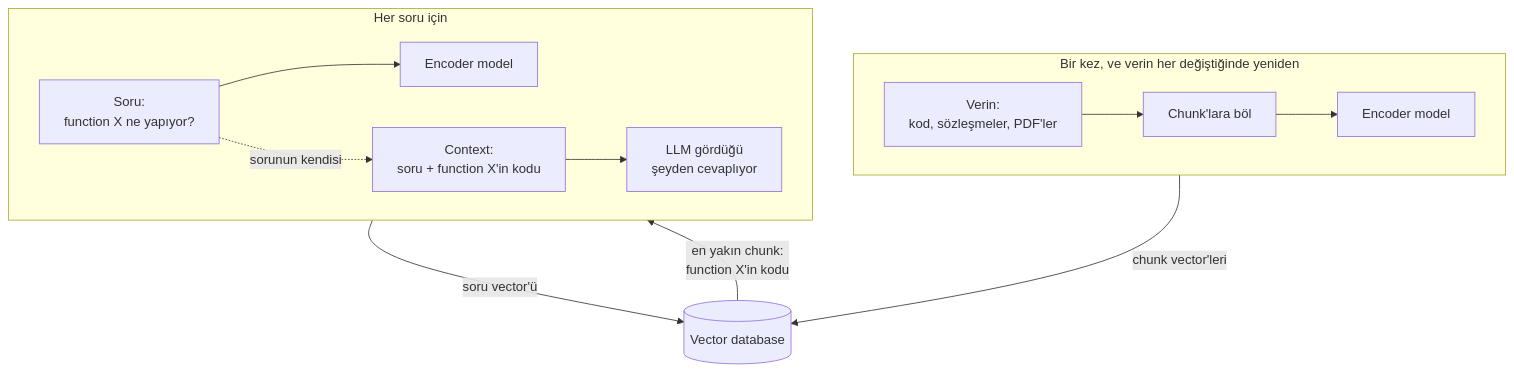
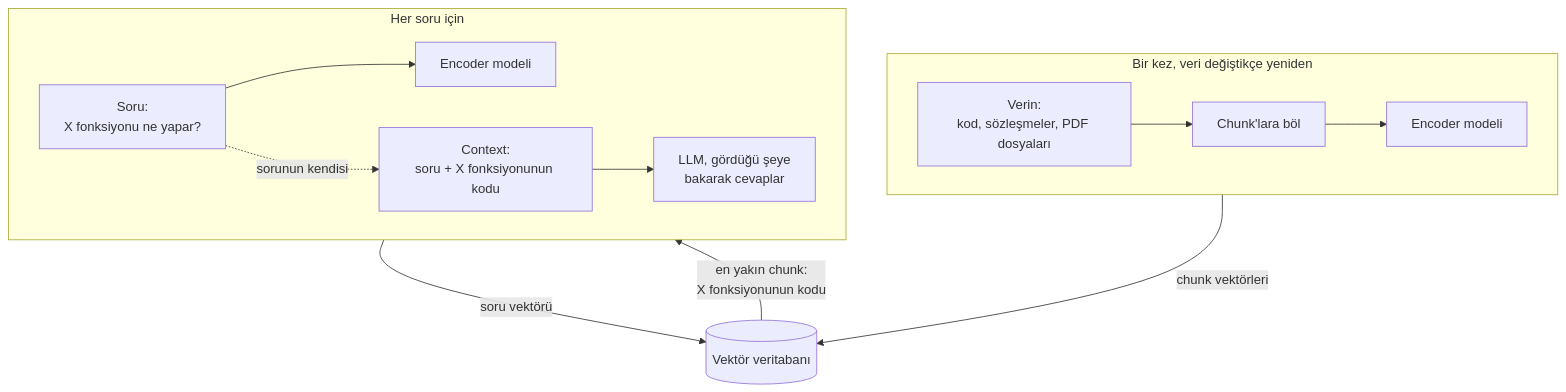
The first of 5 diagrams in mini-courses/1_fundamentals/rag_tr.md (lokumai/ai-engineering-bazaar), drawn with Mermaid before and after one commit. The commit also changed other lines of this file and 63 other files, not shown here.

````diff
--- a/mini-courses/1_fundamentals/rag_tr.md
+++ b/mini-courses/1_fundamentals/rag_tr.md
@@ -43,17 +29,17 @@
 ```mermaid
 flowchart TB
-    subgraph once["Bir kez, ve verin her değiştiğinde yeniden"]
+    subgraph once["Bir kez, veri değiştikçe yeniden"]
         direction LR
-        D["Verin:<br/>kod, sözleşmeler, PDF'ler"] --> S["Chunk'lara böl"] --> E1["Encoder model"]
+        D["Verin:<br/>kod, sözleşmeler, PDF dosyaları"] --> S["Chunk'lara böl"] --> E1["Encoder modeli"]
     end
-    V[("Vector database")]
+    V[("Vektör veritabanı")]
     subgraph every["Her soru için"]
         direction LR
-        Q["Soru:<br/>function X ne yapıyor?"] --> E2["Encoder model"]
-        C["Context:<br/>soru + function X'in kodu"] --> L["LLM gördüğü<br/>şeyden cevaplıyor"]
+        Q["Soru:<br/>X fonksiyonu ne yapar?"] --> E2["Encoder modeli"]
+        C["Context:<br/>soru + X fonksiyonunun kodu"] --> L["LLM, gördüğü şeye<br/>bakarak cevaplar"]
     end
-    E1 -->|"chunk vector'leri"| V
-    E2 -->|"soru vector'ü"| V
-    V -->|"en yakın chunk:<br/>function X'in kodu"| C
+    E1 -->|"chunk vektörleri"| V
+    E2 -->|"soru vektörü"| V
+    V -->|"en yakın chunk:<br/>X fonksiyonunun kodu"| C
     Q -.->|"sorunun kendisi"| C
 ```
````
